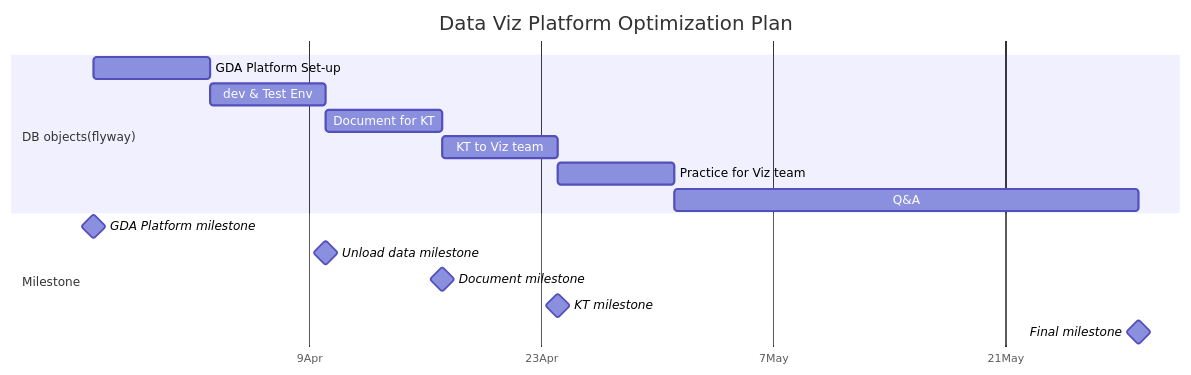
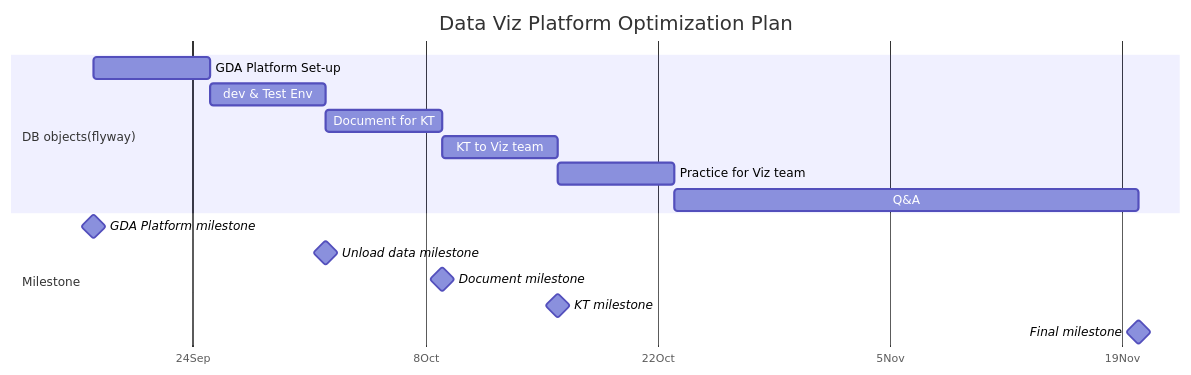
The diagram in Plan.md (Jamesxuxiao/plan), drawn with Mermaid before and after one commit.

````diff
--- a/Plan.md
+++ b/Plan.md
@@ -6,28 +6,28 @@
 ```mermaid
 gantt
     dateFormat  YYYY-MM-DD
     title       Data Viz Platform Optimization Plan
     axisFormat %e%b
     todayMarker on
     %%excludes    weekends
     tickInterval 2week
     %% (`excludes` accepts specific dates in YYYY-MM-DD format, days of the week ("sunday") or "weekends", but not the word "weekdays".)
 
 
     section A ridiculously <br> long section <br> name
 
     section DB objects(flyway)
     GDA Platform Set-up         :    des11, after m0, 1w
     dev & Test Env              :    des12, after des11, 1w
     Document for KT             :    des13, after des12, 1w
     KT to Viz team              :    des14, after des13, 1w
     Practice for Viz team       :    des15, after des14, 1w
     Q&A                         :    des16, after des15, 4w
 
     section Milestone
-    GDA Platform milestone      : milestone, m0, 2023-03-27,2min
+    GDA Platform milestone      : milestone, m0, 2023-09-18,2min
     Unload data milestone       : milestone, m1, after des12, 2min
     Document milestone          : milestone, m2, after des13, 2min
     KT milestone                : milestone, m3, after des14, 2min
     Final milestone             : milestone, m5, after des16, 2min
 ```
````
